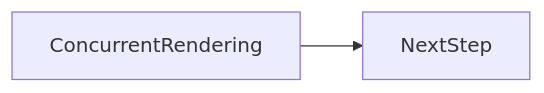
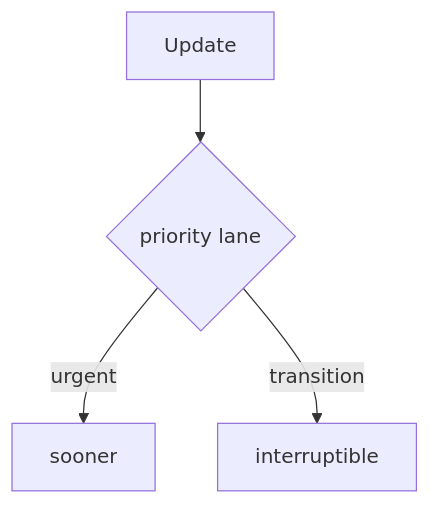
The second of 2 diagrams in docs/en/10-react/concurrent-rendering/index.md (OmidJavaherii/Frontend-Engineering-Handbook), drawn with Mermaid before and after one commit. The commit also changed other lines of this file and 461 other files, not shown here.

````diff
--- a/docs/en/10-react/concurrent-rendering/index.md
+++ b/docs/en/10-react/concurrent-rendering/index.md
@@ -96,4 +116,6 @@
 ```mermaid
-flowchart LR
-  concept[ConcurrentRendering] --> nextStep[NextStep]
+flowchart TD
+  Update --> Lane{priority lane}
+  Lane -->|urgent| Syncish[sooner]
+  Lane -->|transition| Background[interruptible]
 ```
````
